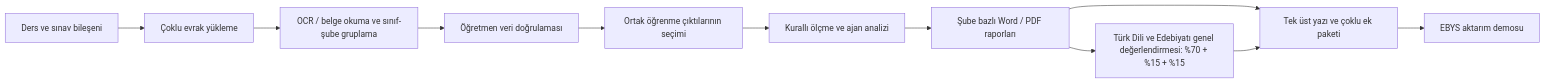
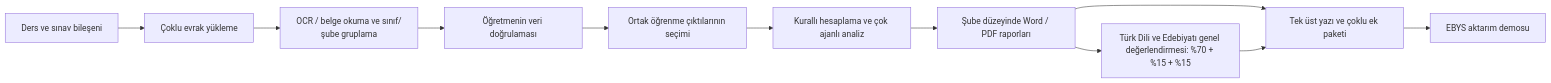
One commit to peykan1071/MAHIR-PROTOTIP-HTML changed the second of 2 diagrams in README.md. Above: the diagram before and after it, drawn with Mermaid. The commit also changed other lines of this file, not shown here.

````diff
--- a/README.md
+++ b/README.md
@@ -357,13 +362,13 @@
 ```mermaid
 flowchart LR
     A["Ders ve sınav bileşeni"] --> B["Çoklu evrak yükleme"]
-    B --> C["OCR / belge okuma ve sınıf-şube gruplama"]
-    C --> D["Öğretmen veri doğrulaması"]
+    B --> C["OCR / belge okuma ve sınıf/şube gruplama"]
+    C --> D["Öğretmenin veri doğrulaması"]
     D --> E["Ortak öğrenme çıktılarının seçimi"]
-    E --> F["Kurallı ölçme ve ajan analizi"]
-    F --> G["Şube bazlı Word / PDF raporları"]
+    E --> F["Kurallı hesaplama ve çok ajanlı analiz"]
+    F --> G["Şube düzeyinde Word / PDF raporları"]
     G --> H["Türk Dili ve Edebiyatı genel değerlendirmesi: %70 + %15 + %15"]
     G --> I["Tek üst yazı ve çoklu ek paketi"]
     H --> I
     I --> J["EBYS aktarım demosu"]
 ```
````
